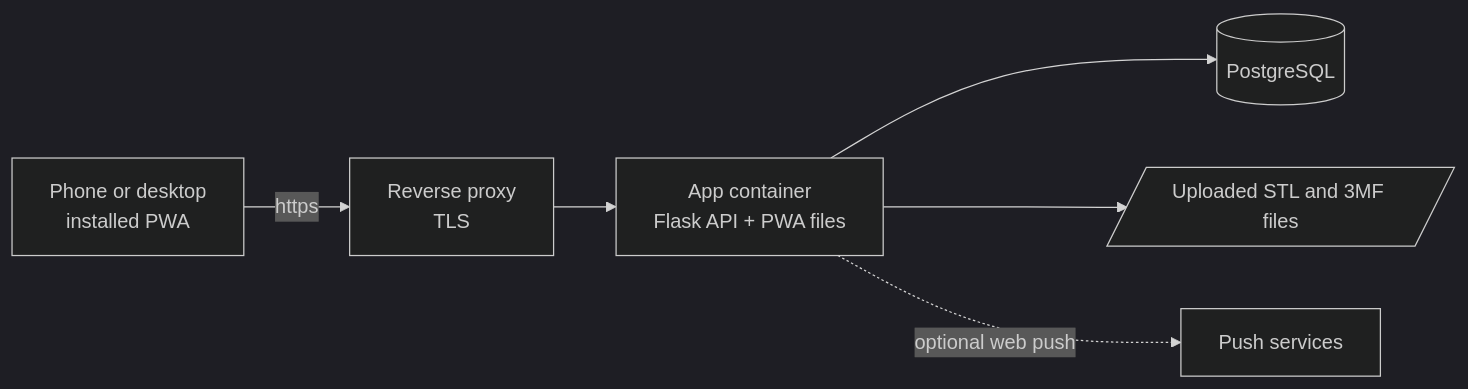
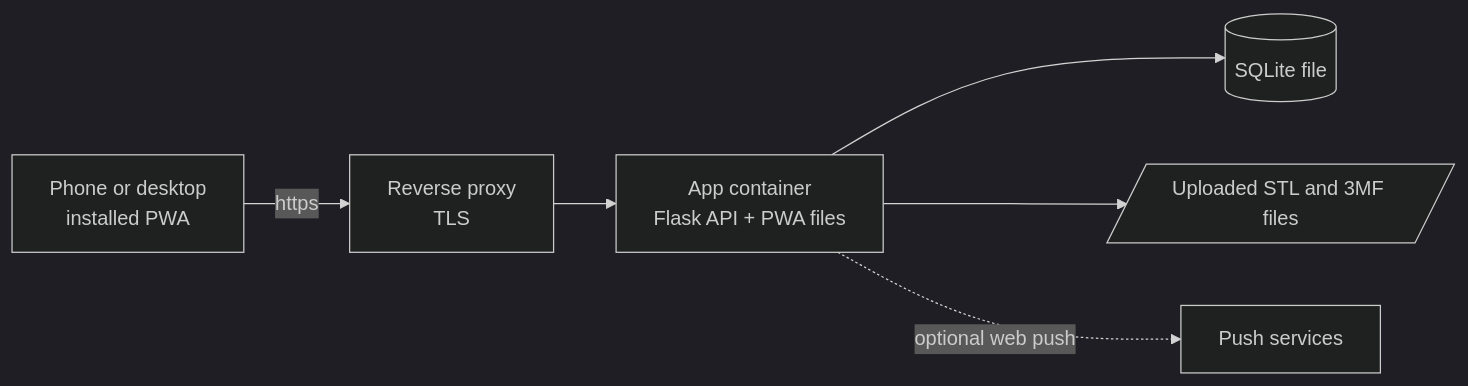
The diagram in README.md (Flux76HQ/3dprint_pricing), drawn with Mermaid (dark theme) before and after one commit. The commit also changed other lines of this file and 87 other files, not shown here.

````diff
--- a/README.md
+++ b/README.md
@@ -175,8 +175,8 @@
 ```mermaid
 flowchart LR
     A[Phone or desktop<br/>installed PWA] -->|https| P[Reverse proxy<br/>TLS]
     P --> B[App container<br/>Flask API + PWA files]
-    B --> C[(PostgreSQL)]
+    B --> C[(SQLite file)]
     B --> D[/Uploaded STL and 3MF files/]
     B -.->|optional web push| E[Push services]
 ```
````
